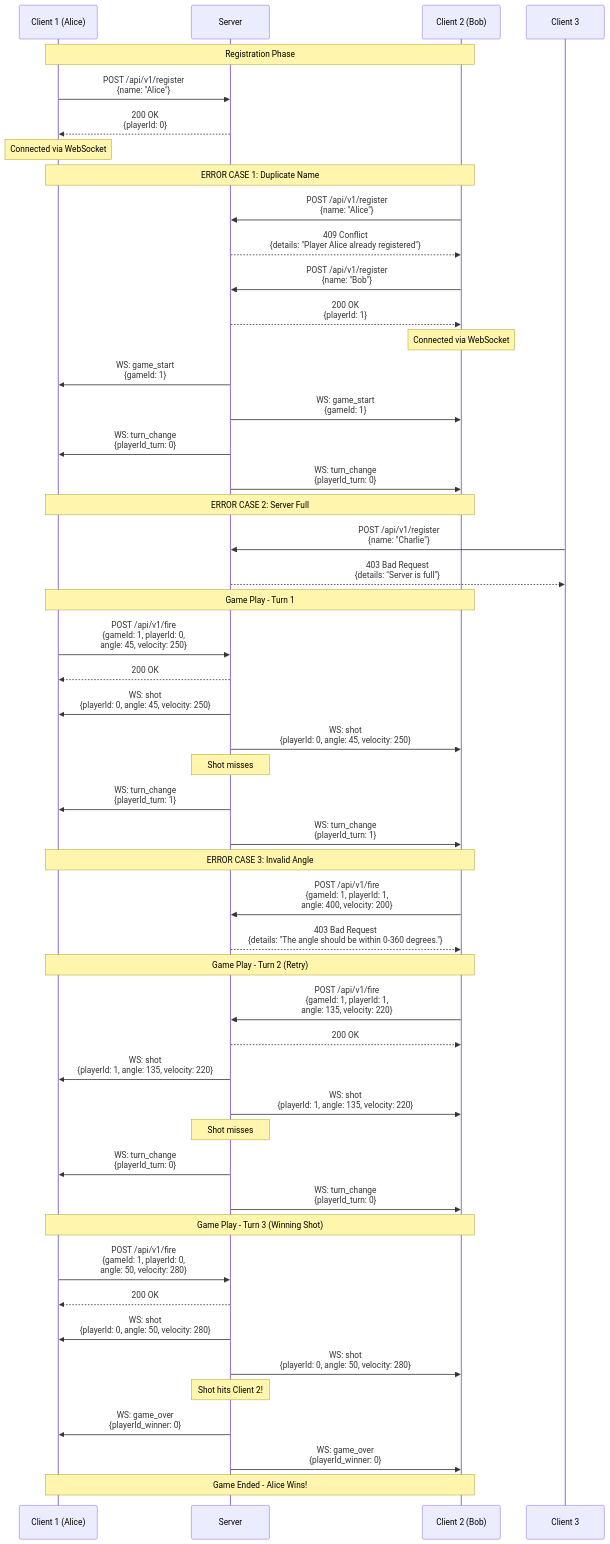
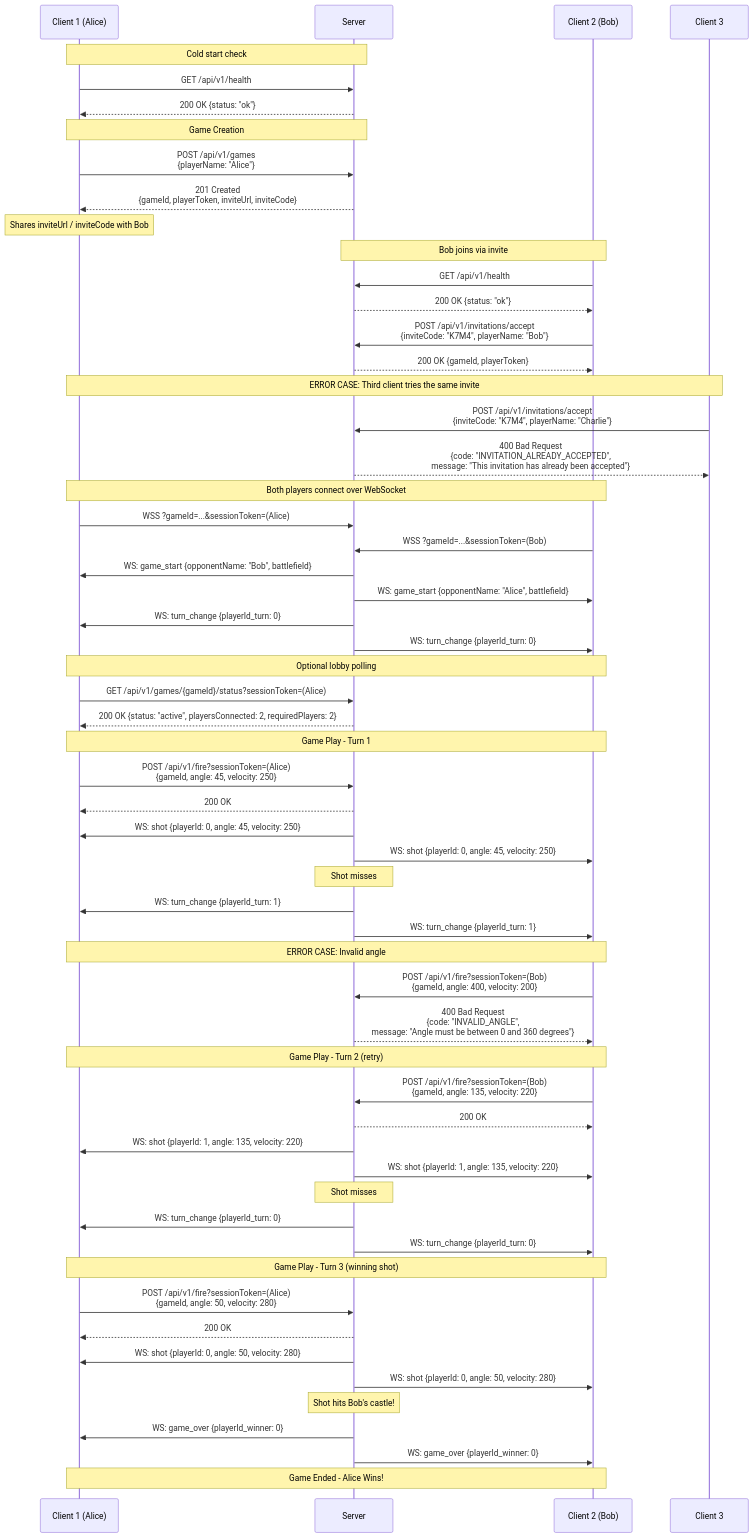
One commit to Pro-duck400/SuperArtillery changed the diagram in docs/api/API.md. Above: the diagram before and after it, drawn with Mermaid. The commit also changed other lines of this file and 38 other files, not shown here.

First line of the commit message:
Improve players invite process (#35)

````diff
--- a/docs/api/API.md
+++ b/docs/api/API.md
@@ -144,62 +197,71 @@
 ```mermaid
 sequenceDiagram
     participant C1 as Client 1 (Alice)
     participant Server
     participant C2 as Client 2 (Bob)
-    
-    Note over C1,C2: Registration Phase
-    C1->>Server: POST /api/v1/register<br/>{name: "Alice"}
-    Server-->>C1: 200 OK<br/>{playerId: 0}
-    Note over C1: Connected via WebSocket
-    
-    Note over C1,C2: ERROR CASE 1: Duplicate Name
-    C2->>Server: POST /api/v1/register<br/>{name: "Alice"}
-    Server-->>C2: 409 Conflict<br/>{details: "Player Alice already registered"}
-    
-    C2->>Server: POST /api/v1/register<br/>{name: "Bob"}
-    Server-->>C2: 200 OK<br/>{playerId: 1}
-    Note over C2: Connected via WebSocket
-    
-    Server->>C1: WS: game_start<br/>{gameId: 1}
-    Server->>C2: WS: game_start<br/>{gameId: 1}
-    Server->>C1: WS: turn_change<br/>{playerId_turn: 0}
-    Server->>C2: WS: turn_change<br/>{playerId_turn: 0}
-    
-    Note over C1,C2: ERROR CASE 2: Server Full
     participant C3 as Client 3
-    C3->>Server: POST /api/v1/register<br/>{name: "Charlie"}
-    Server-->>C3: 403 Bad Request<br/>{details: "Server is full"}
-    
+
+    Note over C1,Server: Cold start check
+    C1->>Server: GET /api/v1/health
+    Server-->>C1: 200 OK {status: "ok"}
+
+    Note over C1,Server: Game Creation
+    C1->>Server: POST /api/v1/games<br/>{playerName: "Alice"}
+    Server-->>C1: 201 Created<br/>{gameId, playerToken, inviteUrl, inviteCode}
+    Note over C1: Shares inviteUrl / inviteCode with Bob
+
+    Note over C2,Server: Bob joins via invite
+    C2->>Server: GET /api/v1/health
+    Server-->>C2: 200 OK {status: "ok"}
+    C2->>Server: POST /api/v1/invitations/accept<br/>{inviteCode: "K7M4", playerName: "Bob"}
+    Server-->>C2: 200 OK {gameId, playerToken}
+
+    Note over C1,C3: ERROR CASE: Third client tries the same invite
+    C3->>Server: POST /api/v1/invitations/accept<br/>{inviteCode: "K7M4", playerName: "Charlie"}
+    Server-->>C3: 400 Bad Request<br/>{code: "INVITATION_ALREADY_ACCEPTED",<br/>message: "This invitation has already been accepted"}
+
+    Note over C1,C2: Both players connect over WebSocket
+    C1->>Server: WSS ?gameId=...&sessionToken=(Alice)
+    C2->>Server: WSS ?gameId=...&sessionToken=(Bob)
+    Server->>C1: WS: game_start {opponentName: "Bob", battlefield}
+    Server->>C2: WS: game_start {opponentName: "Alice", battlefield}
+    Server->>C1: WS: turn_change {playerId_turn: 0}
+    Server->>C2: WS: turn_change {playerId_turn: 0}
+
+    Note over C1,C2: Optional lobby polling
+    C1->>Server: GET /api/v1/games/{gameId}/status?sessionToken=(Alice)
+    Server-->>C1: 200 OK {status: "active", playersConnected: 2, requiredPlayers: 2}
+
     Note over C1,C2: Game Play - Turn 1
-    C1->>Server: POST /api/v1/fire<br/>{gameId: 1, playerId: 0,<br/>angle: 45, velocity: 250}
+    C1->>Server: POST /api/v1/fire?sessionToken=(Alice)<br/>{gameId, angle: 45, velocity: 250}
     Server-->>C1: 200 OK
-    Server->>C1: WS: shot<br/>{playerId: 0, angle: 45, velocity: 250}
-    Server->>C2: WS: shot<br/>{playerId: 0, angle: 45, velocity: 250}
+    Server->>C1: WS: shot {playerId: 0, angle: 45, velocity: 250}
+    Server->>C2: WS: shot {playerId: 0, angle: 45, velocity: 250}
     Note over Server: Shot misses
-    Server->>C1: WS: turn_change<br/>{playerId_turn: 1}
-    Server->>C2: WS: turn_change<br/>{playerId_turn: 1}
-    
-    Note over C1,C2: ERROR CASE 3: Invalid Angle
-    C2->>Server: POST /api/v1/fire<br/>{gameId: 1, playerId: 1,<br/>angle: 400, velocity: 200}
-    Server-->>C2: 403 Bad Request<br/>{details: "The angle should be within 0-360 degrees."}
-    
-    Note over C1,C2: Game Play - Turn 2 (Retry)
-    C2->>Server: POST /api/v1/fire<br/>{gameId: 1, playerId: 1,<br/>angle: 135, velocity: 220}
+    Server->>C1: WS: turn_change {playerId_turn: 1}
+    Server->>C2: WS: turn_change {playerId_turn: 1}
+
+    Note over C1,C2: ERROR CASE: Invalid angle
+    C2->>Server: POST /api/v1/fire?sessionToken=(Bob)<br/>{gameId, angle: 400, velocity: 200}
+    Server-->>C2: 400 Bad Request<br/>{code: "INVALID_ANGLE",<br/>message: "Angle must be between 0 and 360 degrees"}
+
+    Note over C1,C2: Game Play - Turn 2 (retry)
+    C2->>Server: POST /api/v1/fire?sessionToken=(Bob)<br/>{gameId, angle: 135, velocity: 220}
     Server-->>C2: 200 OK
-    Server->>C1: WS: shot<br/>{playerId: 1, angle: 135, velocity: 220}
-    Server->>C2: WS: shot<br/>{playerId: 1, angle: 135, velocity: 220}
+    Server->>C1: WS: shot {playerId: 1, angle: 135, velocity: 220}
+    Server->>C2: WS: shot {playerId: 1, angle: 135, velocity: 220}
     Note over Server: Shot misses
-    Server->>C1: WS: turn_change<br/>{playerId_turn: 0}
-    Server->>C2: WS: turn_change<br/>{playerId_turn: 0}
-    
-    Note over C1,C2: Game Play - Turn 3 (Winning Shot)
-    C1->>Server: POST /api/v1/fire<br/>{gameId: 1, playerId: 0,<br/>angle: 50, velocity: 280}
+    Server->>C1: WS: turn_change {playerId_turn: 0}
+    Server->>C2: WS: turn_change {playerId_turn: 0}
+
+    Note over C1,C2: Game Play - Turn 3 (winning shot)
+    C1->>Server: POST /api/v1/fire?sessionToken=(Alice)<br/>{gameId, angle: 50, velocity: 280}
     Server-->>C1: 200 OK
-    Server->>C1: WS: shot<br/>{playerId: 0, angle: 50, velocity: 280}
-    Server->>C2: WS: shot<br/>{playerId: 0, angle: 50, velocity: 280}
-    Note over Server: Shot hits Client 2!
-    Server->>C1: WS: game_over<br/>{playerId_winner: 0}
-    Server->>C2: WS: game_over<br/>{playerId_winner: 0}
-    
+    Server->>C1: WS: shot {playerId: 0, angle: 50, velocity: 280}
+    Server->>C2: WS: shot {playerId: 0, angle: 50, velocity: 280}
+    Note over Server: Shot hits Bob's castle!
+    Server->>C1: WS: game_over {playerId_winner: 0}
+    Server->>C2: WS: game_over {playerId_winner: 0}
+
     Note over C1,C2: Game Ended - Alice Wins!
 ```
````
